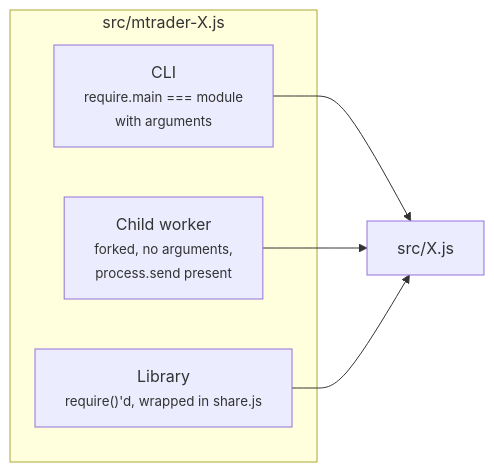
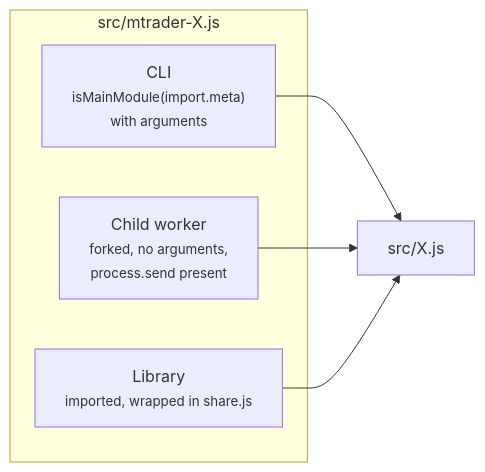
The second of 4 diagrams in ARCHITECTURE.md (catch-point/mtrader), drawn with Mermaid before and after one commit. The commit also changed other lines of this file and 122 other files, not shown here.

````diff
--- a/ARCHITECTURE.md
+++ b/ARCHITECTURE.md
@@ -118,12 +118,12 @@
 ```mermaid
 flowchart LR
     subgraph wrapper["src/mtrader-X.js"]
-        cli["CLI<br/><small>require.main === module<br/>with arguments</small>"]
+        cli["CLI<br/><small>isMainModule(import.meta)<br/>with arguments</small>"]
         child["Child worker<br/><small>forked, no arguments,<br/>process.send present</small>"]
-        lib["Library<br/><small>require()'d, wrapped in share.js</small>"]
+        lib["Library<br/><small>imported, wrapped in share.js</small>"]
     end
     logic["src/X.js"]
     cli --> logic
     child --> logic
     lib --> logic
 ```
````
